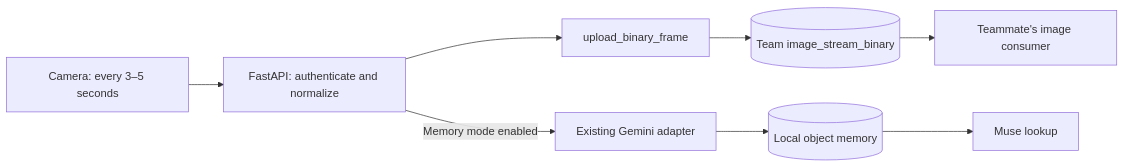
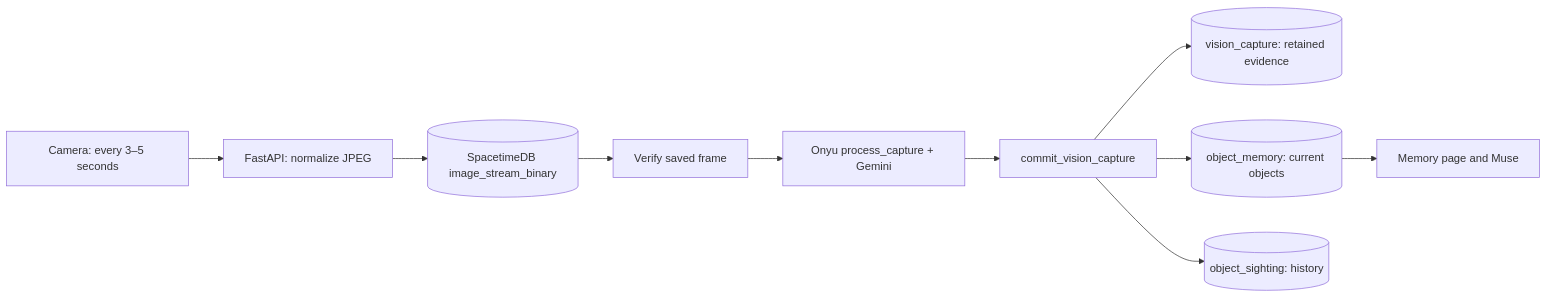
Before and after one commit to preespp/CalHacks_Kyuran_Alex_Pree_Ohn: the diagram in docs/IMAGE_PIPELINE.md, drawn with Mermaid. The commit also changed other lines of this file and 56 other files, not shown here.

````diff
--- a/docs/IMAGE_PIPELINE.md
+++ b/docs/IMAGE_PIPELINE.md
@@ -5,10 +5,12 @@
 ```mermaid
 flowchart LR
-  Phone[Camera: every 3–5 seconds] --> API[FastAPI: authenticate and normalize]
-  API --> Upload[upload_binary_frame]
-  Upload --> Queue[(Team image_stream_binary)]
-  Queue --> TeamWorker[Teammate's image consumer]
-  API -->|Memory mode enabled| Gemini[Existing Gemini adapter]
-  Gemini --> Memory[(Local object memory)]
-  Memory --> Muse[Muse lookup]
+  Camera[Camera: every 3–5 seconds] --> API[FastAPI: normalize JPEG]
+  API --> Queue[(SpacetimeDB image_stream_binary)]
+  Queue --> Read[Verify saved frame]
+  Read --> Onyu[Onyu process_capture + Gemini]
+  Onyu --> Commit[commit_vision_capture]
+  Commit --> Images[(vision_capture: retained evidence)]
+  Commit --> Objects[(object_memory: current objects)]
+  Commit --> History[(object_sighting: history)]
+  Objects --> UI[Memory page and Muse]
 ```
````
